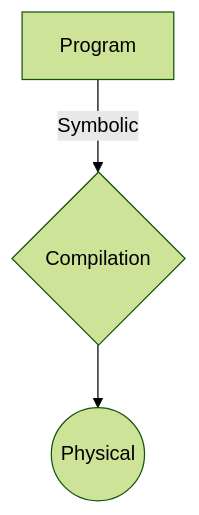
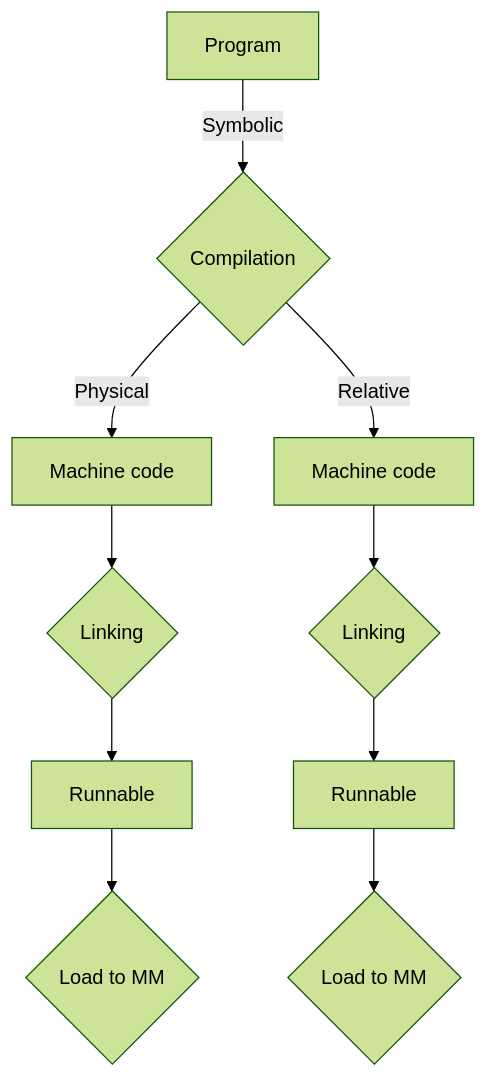
The diagram in CS/OS/data/43_addressing.md (angelromarco04/MyNotes), drawn with Mermaid (forest theme) before and after one commit.

Commit message:
vault backup: 2024-05-07 18:49:32

````diff
--- a/CS/OS/data/43_addressing.md
+++ b/CS/OS/data/43_addressing.md
@@ -18,6 +18,12 @@
 ```mermaid
 graph TB
     A[Program] -- Symbolic --> B{Compilation}
-    B --> C((Physical))
-
+    B -- Physical --> C[Machine code]
+    B -- Relative --> D[Machine code]
+    C --> E{Linking}
+    D --> F{Linking}
+    E --> G[Runnable]
+    F --> H[Runnable]
+	G --> I{Load to MM}
+    H --> J{Load to MM}
 ```
````
